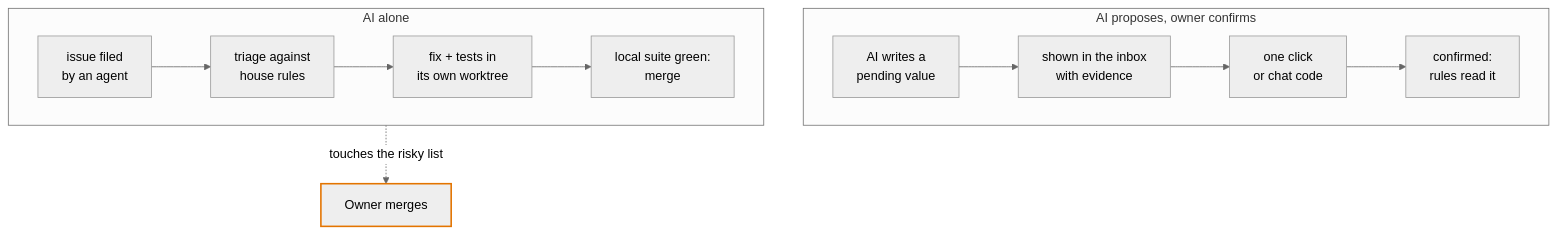
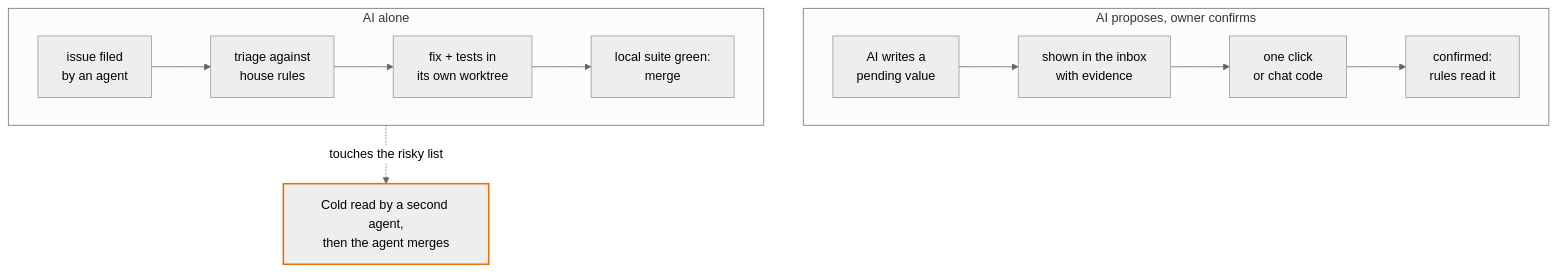
Before and after one commit to thaddeus-builds/skill-pack-playbook: the second of 3 diagrams in README.md, drawn with Mermaid (neutral theme). The commit also changed other lines of this file and 6 other files, not shown here.

First line of the commit message:
Decision rights: every technical choice is the agent's, pushing and merging included; the owner keeps business, and every ask carries real examples

````diff
--- a/README.md
+++ b/README.md
@@ -50,14 +50,14 @@
 ```mermaid
 flowchart TB
     subgraph L2["AI proposes, owner confirms"]
       direction LR
       b1["AI writes a<br/>pending value"] --> b2["shown in the inbox<br/>with evidence"] --> b3["one click<br/>or chat code"] --> b4["confirmed:<br/>rules read it"]
     end
     subgraph L3["AI alone"]
       direction LR
       c1["issue filed<br/>by an agent"] --> c2["triage against<br/>house rules"] --> c3["fix + tests in<br/>its own worktree"] --> c4["local suite green:<br/>merge"]
     end
-    OM["Owner merges"]:::risky
+    OM["Cold read by a second agent,<br/>then the agent merges"]:::risky
     L3 -. "touches the risky list" .-> OM
     classDef risky stroke:#e37400,stroke-width:2px
 ```
````
